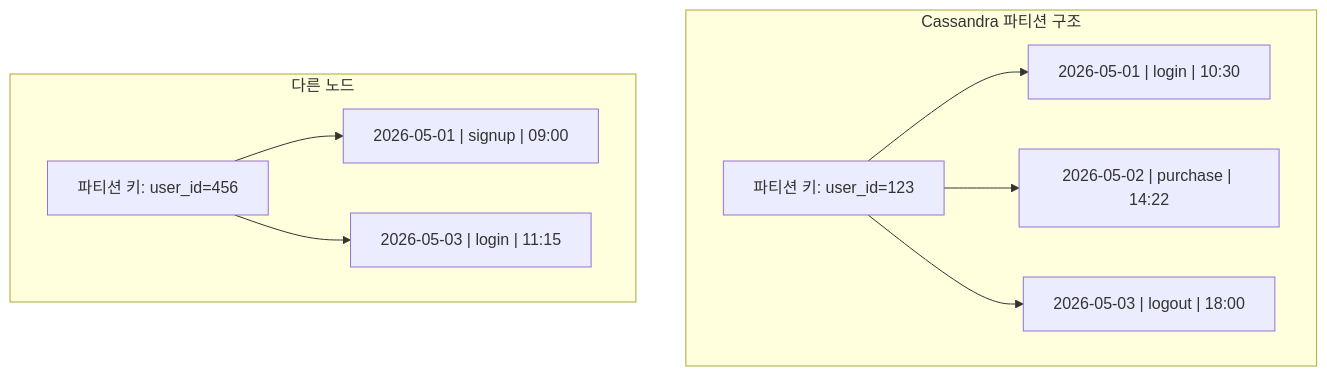
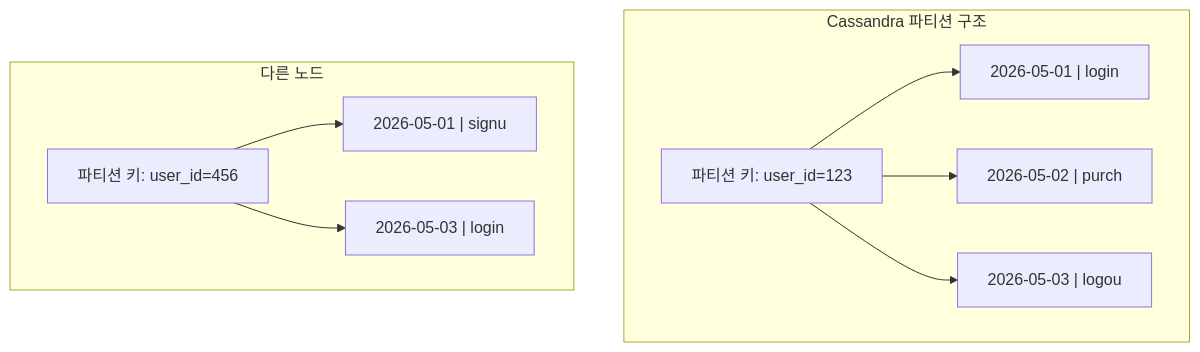
The second of 7 diagrams in _posts/nosql/2026-05-03-nosql-comparison.md (yjkim2015/yjkim2015.github.io), drawn with Mermaid before and after one commit. The commit also changed other lines of this file and 271 other files, not shown here.

First line of the commit message:
Mermaid 라벨 축소: 긴 노드 텍스트 18자 이하로 트림 + \n 제거

````diff
--- a/_posts/nosql/2026-05-03-nosql-comparison.md
+++ b/_posts/nosql/2026-05-03-nosql-comparison.md
@@ -88,12 +88,12 @@
 ```mermaid
 graph TD
     subgraph "Cassandra 파티션 구조"
-        PK["파티션 키: user_id=123"] --> C1["2026-05-01 | login | 10:30"]
-        PK --> C2["2026-05-02 | purchase | 14:22"]
-        PK --> C3["2026-05-03 | logout | 18:00"]
+        PK["파티션 키: user_id=123"] --> C1["2026-05-01 | login"]
+        PK --> C2["2026-05-02 | purch"]
+        PK --> C3["2026-05-03 | logou"]
     end
     subgraph "다른 노드"
-        PK2["파티션 키: user_id=456"] --> C4["2026-05-01 | signup | 09:00"]
-        PK2 --> C5["2026-05-03 | login | 11:15"]
+        PK2["파티션 키: user_id=456"] --> C4["2026-05-01 | signu"]
+        PK2 --> C5["2026-05-03 | login"]
     end
 ```
````
